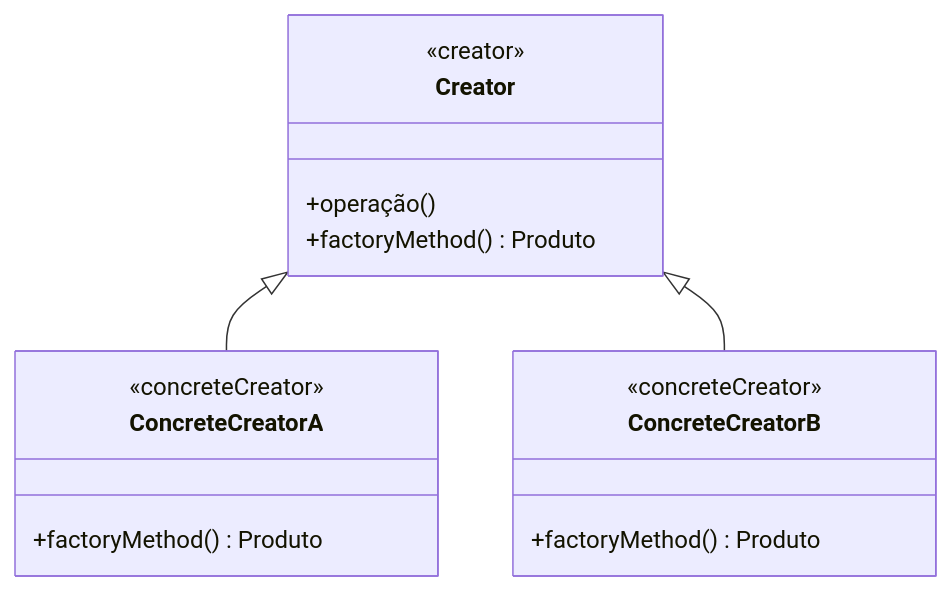
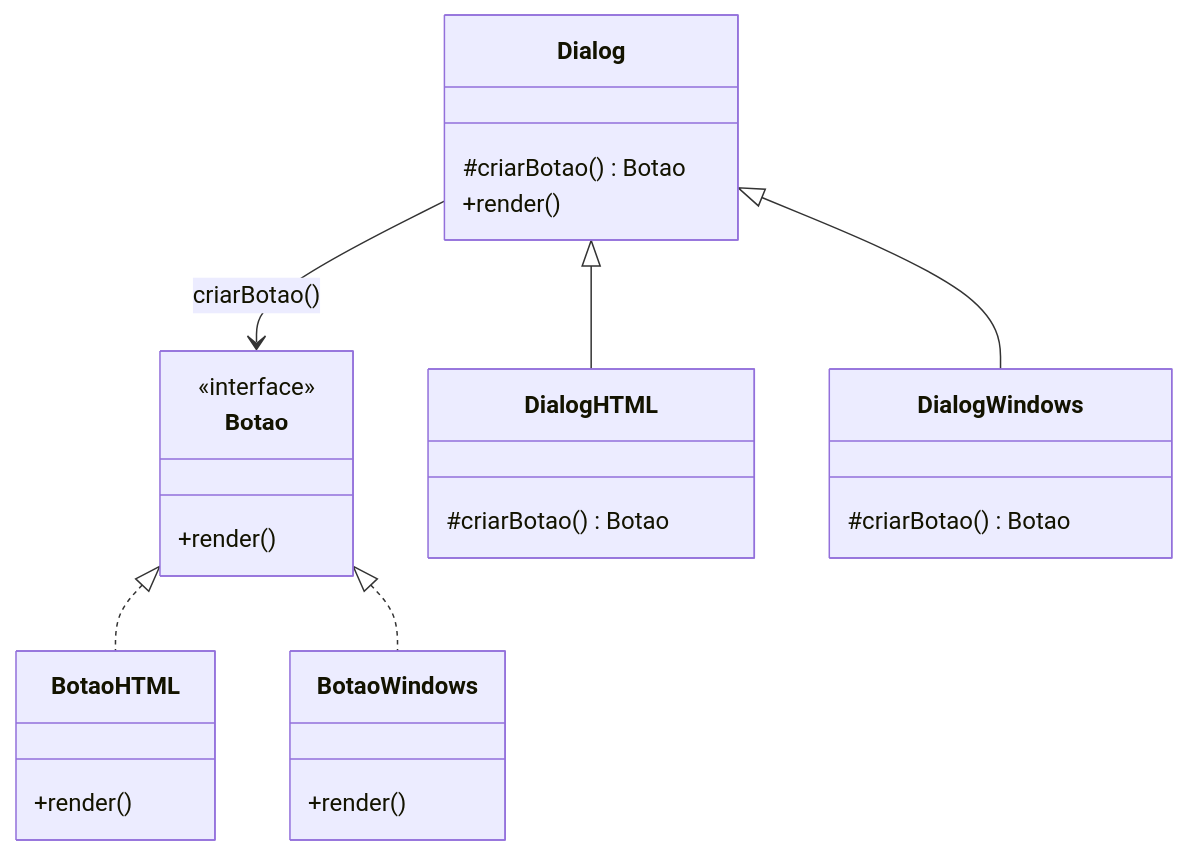
Before and after one commit to jacksonpradolima/poo: the second of 4 diagrams in docs/aulas/05-projeto_orientado_objetos/3-design-pattern.md, drawn with Mermaid. The commit also changed other lines of this file, not shown here.

Commit message:
refactor: Atualiza diagramas UML para melhor representação dos padrões de projeto

````diff
--- a/docs/aulas/05-projeto_orientado_objetos/3-design-pattern.md
+++ b/docs/aulas/05-projeto_orientado_objetos/3-design-pattern.md
@@ -42,25 +105,40 @@
 ```mermaid
 classDiagram
-    %% --- Classes e membros ---
-    class Creator {
-        +operação()
-        +factoryMethod() Produto
+    %% --- Produto e produtos concretos ---
+    class Botao {
+        <<interface>>
+        +render()
     }
 
-    class ConcreteCreatorA {
-        +factoryMethod() Produto
+    class BotaoHTML {
+        +render()
     }
 
-    class ConcreteCreatorB {
-        +factoryMethod() Produto
+    class BotaoWindows {
+        +render()
     }
 
-    %% --- Relações de herança ---
-    Creator <|-- ConcreteCreatorA
-    Creator <|-- ConcreteCreatorB
+    Botao <|.. BotaoHTML
+    Botao <|.. BotaoWindows
 
-    %% --- Estereótipos ---
-    class Creator <<creator>>
-    class ConcreteCreatorA <<concreteCreator>>
-    class ConcreteCreatorB <<concreteCreator>>
+    %% --- Creator e creators concretos ---
+    class Dialog {
+        #criarBotao() Botao
+        +render()
+    }
+
+    class DialogHTML {
+        #criarBotao() Botao
+    }
+
+    class DialogWindows {
+        #criarBotao() Botao
+    }
+
+    Dialog <|-- DialogHTML
+    Dialog <|-- DialogWindows
+
+    %% --- Dependência de criação ---
+    Dialog --> Botao : criarBotao()
+
 ```
````
